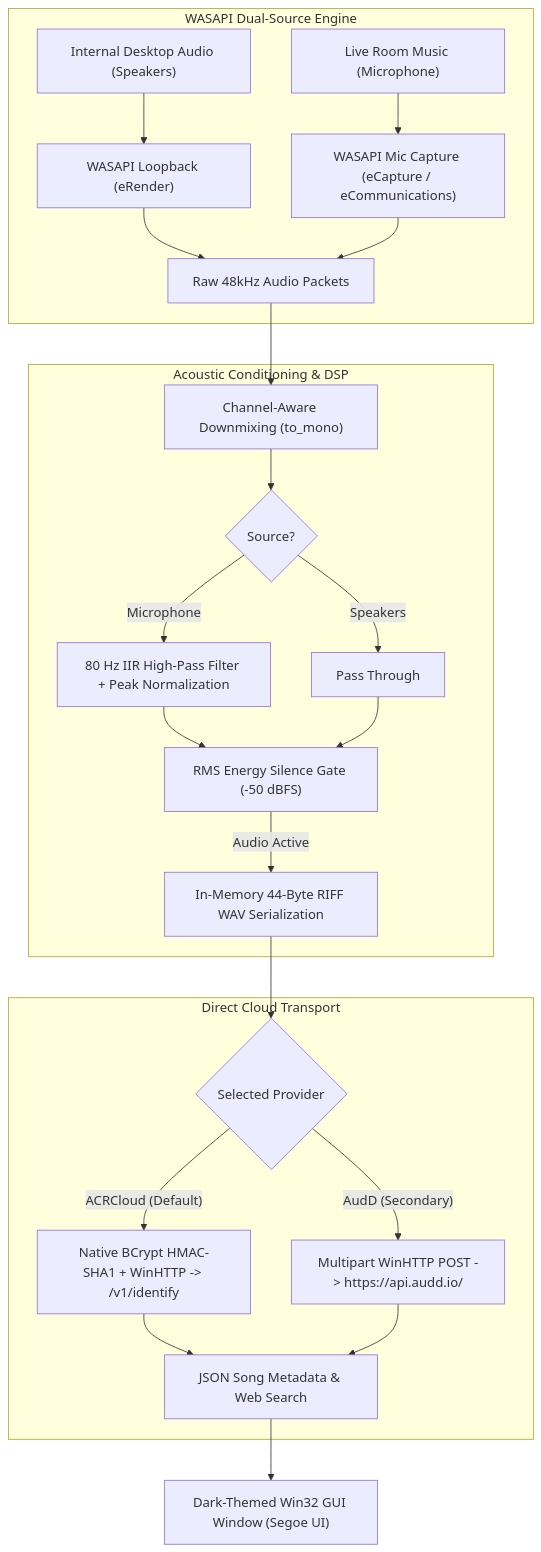
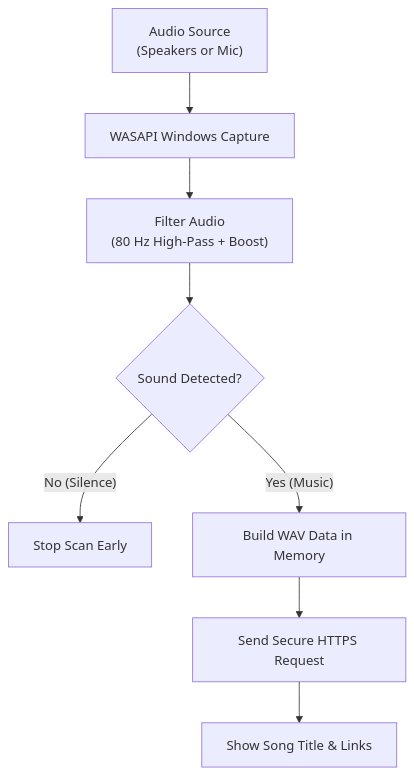
The diagram in README.md (Deepesh70/HearThis), drawn with Mermaid before and after one commit. The commit also changed other lines of this file, not shown here.

````diff
--- a/README.md
+++ b/README.md
@@ -34,29 +89,10 @@
 ```mermaid
 flowchart TD
-    subgraph CaptureEngine ["WASAPI Dual-Source Engine"]
-        A1["Internal Desktop Audio (Speakers)"] --> B1["WASAPI Loopback (eRender)"]
-        A2["Live Room Music (Microphone)"] --> B2["WASAPI Mic Capture (eCapture / eCommunications)"]
-        B1 --> C["Raw 48kHz Audio Packets"]
-        B2 --> C
-    end
-
-    subgraph Conditioning ["Acoustic Conditioning & DSP"]
-        C --> D["Channel-Aware Downmixing (to_mono)"]
-        D --> E{"Source?"}
-        E -->|"Microphone"| F["80 Hz IIR High-Pass Filter + Peak Normalization"]
-        E -->|"Speakers"| G["Pass Through"]
-        F --> H["RMS Energy Silence Gate (-50 dBFS)"]
-        G --> H
-        H -->|"Audio Active"| I["In-Memory 44-Byte RIFF WAV Serialization"]
-    end
-
-    subgraph Providers ["Direct Cloud Transport"]
-        I --> J{"Selected Provider"}
-        J -->|"ACRCloud (Default)"| K["Native BCrypt HMAC-SHA1 + WinHTTP -> /v1/identify"]
-        J -->|"AudD (Secondary)"| L["Multipart WinHTTP POST -> https://api.audd.io/"]
-        K --> M["JSON Song Metadata & Web Search"]
-        L --> M
-    end
-
-    M --> N["Dark-Themed Win32 GUI Window (Segoe UI)"]
+    A["Audio Source\n(Speakers or Mic)"] --> B["WASAPI Windows Capture"]
+    B --> C["Filter Audio\n(80 Hz High-Pass + Boost)"]
+    C --> D{"Sound Detected?"}
+    D -->|"No (Silence)"| E["Stop Scan Early"]
+    D -->|"Yes (Music)"| F["Build WAV Data in Memory"]
+    F --> G["Send Secure HTTPS Request"]
+    G --> H["Show Song Title & Links"]
 ```
````
